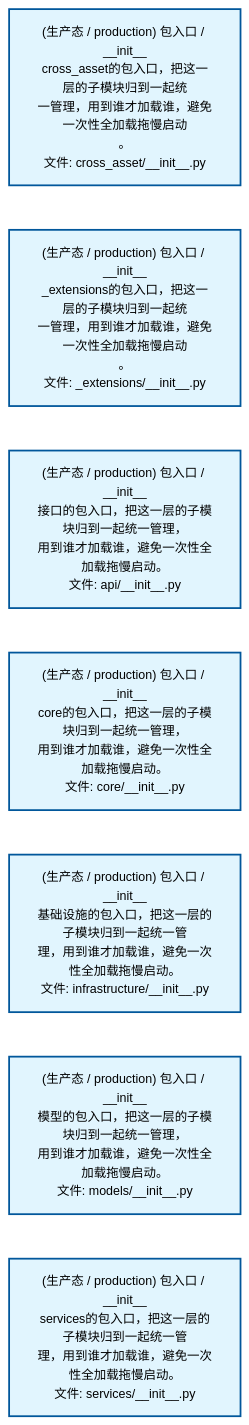
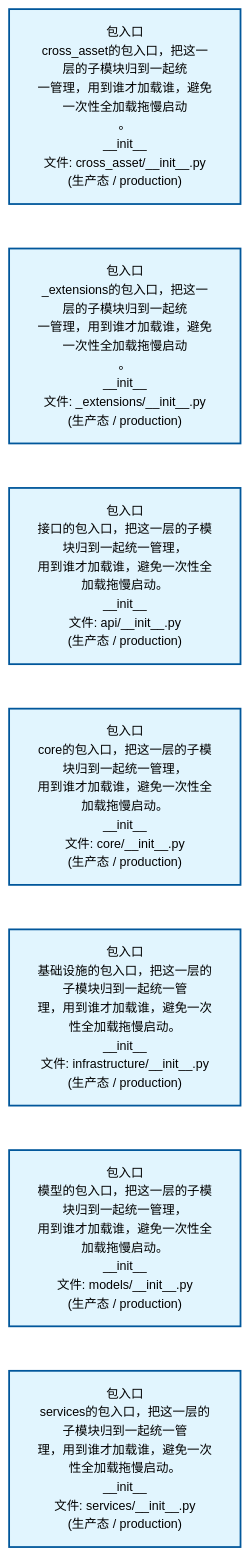
The second of 2 diagrams in docs/02_enterprise_architecture/02_domain_architecture_docs/40_d_cross_asset.md (xuanFelixVan/ZephyrAlpha), drawn with Mermaid before and after one commit. The commit also changed other lines of this file and 62 other files, not shown here.

````diff
--- a/docs/02_enterprise_architecture/02_domain_architecture_docs/40_d_cross_asset.md
+++ b/docs/02_enterprise_architecture/02_domain_architecture_docs/40_d_cross_asset.md
@@ -80,22 +80,22 @@
 ```mermaid
 %%{init: {'theme': 'base', 'themeVariables': {'primaryColor': '#eaeaea', 'primaryTextColor': '#333333', 'primaryBorderColor': '#666666', 'lineColor': '#666666', 'secondaryColor': '#eaeaea', 'tertiaryColor': '#eaeaea', 'fontSize': '14px'}}}%%
 flowchart TD
-    src_zephyr_cross_asset_init_py["(生产态 / production) 包入口 / __init__<br/>cross_asset的包入口，把这一层的子模块归到一起统<br/>一管理，用到谁才加载谁，避免一次性全加载拖慢启动<br/>。<br/>文件: cross_asset/__init__.py"]
-    src_zephyr_cross_asset_extensions_init_py["(生产态 / production) 包入口 / __init__<br/>_extensions的包入口，把这一层的子模块归到一起统<br/>一管理，用到谁才加载谁，避免一次性全加载拖慢启动<br/>。<br/>文件: _extensions/__init__.py"]
-    src_zephyr_cross_asset_api_init_py["(生产态 / production) 包入口 / __init__<br/>接口的包入口，把这一层的子模块归到一起统一管理，<br/>用到谁才加载谁，避免一次性全加载拖慢启动。<br/>文件: api/__init__.py"]
-    src_zephyr_cross_asset_core_init_py["(生产态 / production) 包入口 / __init__<br/>core的包入口，把这一层的子模块归到一起统一管理，<br/>用到谁才加载谁，避免一次性全加载拖慢启动。<br/>文件: core/__init__.py"]
-    src_zephyr_cross_asset_infrastructure_init_py["(生产态 / production) 包入口 / __init__<br/>基础设施的包入口，把这一层的子模块归到一起统一管<br/>理，用到谁才加载谁，避免一次性全加载拖慢启动。<br/>文件: infrastructure/__init__.py"]
-    src_zephyr_cross_asset_models_init_py["(生产态 / production) 包入口 / __init__<br/>模型的包入口，把这一层的子模块归到一起统一管理，<br/>用到谁才加载谁，避免一次性全加载拖慢启动。<br/>文件: models/__init__.py"]
-    src_zephyr_cross_asset_services_init_py["(生产态 / production) 包入口 / __init__<br/>services的包入口，把这一层的子模块归到一起统一管<br/>理，用到谁才加载谁，避免一次性全加载拖慢启动。<br/>文件: services/__init__.py"]
+    src_zephyr_cross_asset_init_py["包入口<br/>cross_asset的包入口，把这一层的子模块归到一起统<br/>一管理，用到谁才加载谁，避免一次性全加载拖慢启动<br/>。<br/>__init__<br/>文件: cross_asset/__init__.py<br/>(生产态 / production)"]
+    src_zephyr_cross_asset_extensions_init_py["包入口<br/>_extensions的包入口，把这一层的子模块归到一起统<br/>一管理，用到谁才加载谁，避免一次性全加载拖慢启动<br/>。<br/>__init__<br/>文件: _extensions/__init__.py<br/>(生产态 / production)"]
+    src_zephyr_cross_asset_api_init_py["包入口<br/>接口的包入口，把这一层的子模块归到一起统一管理，<br/>用到谁才加载谁，避免一次性全加载拖慢启动。<br/>__init__<br/>文件: api/__init__.py<br/>(生产态 / production)"]
+    src_zephyr_cross_asset_core_init_py["包入口<br/>core的包入口，把这一层的子模块归到一起统一管理，<br/>用到谁才加载谁，避免一次性全加载拖慢启动。<br/>__init__<br/>文件: core/__init__.py<br/>(生产态 / production)"]
+    src_zephyr_cross_asset_infrastructure_init_py["包入口<br/>基础设施的包入口，把这一层的子模块归到一起统一管<br/>理，用到谁才加载谁，避免一次性全加载拖慢启动。<br/>__init__<br/>文件: infrastructure/__init__.py<br/>(生产态 / production)"]
+    src_zephyr_cross_asset_models_init_py["包入口<br/>模型的包入口，把这一层的子模块归到一起统一管理，<br/>用到谁才加载谁，避免一次性全加载拖慢启动。<br/>__init__<br/>文件: models/__init__.py<br/>(生产态 / production)"]
+    src_zephyr_cross_asset_services_init_py["包入口<br/>services的包入口，把这一层的子模块归到一起统一管<br/>理，用到谁才加载谁，避免一次性全加载拖慢启动。<br/>__init__<br/>文件: services/__init__.py<br/>(生产态 / production)"]
     src_zephyr_cross_asset_init_py ~~~ src_zephyr_cross_asset_extensions_init_py
     src_zephyr_cross_asset_extensions_init_py ~~~ src_zephyr_cross_asset_api_init_py
     src_zephyr_cross_asset_api_init_py ~~~ src_zephyr_cross_asset_core_init_py
     src_zephyr_cross_asset_core_init_py ~~~ src_zephyr_cross_asset_infrastructure_init_py
     src_zephyr_cross_asset_infrastructure_init_py ~~~ src_zephyr_cross_asset_models_init_py
     src_zephyr_cross_asset_models_init_py ~~~ src_zephyr_cross_asset_services_init_py
     classDef production fill:#e1f5fe,stroke:#01579b,stroke-width:2px,color:#000
     classDef design fill:#fff3e0,stroke:#e65100,stroke-width:2px,color:#000,stroke-dasharray: 5 5
     classDef external_prod fill:#e8f4fd,stroke:#0277bd,stroke-width:1px,color:#000
     classDef external_design fill:#fff8e7,stroke:#ef6c00,stroke-width:1px,color:#000,stroke-dasharray: 5 5
     class src_zephyr_cross_asset_init_py,src_zephyr_cross_asset_extensions_init_py,src_zephyr_cross_asset_api_init_py,src_zephyr_cross_asset_core_init_py,src_zephyr_cross_asset_infrastructure_init_py,src_zephyr_cross_asset_models_init_py,src_zephyr_cross_asset_services_init_py production
 ```
````
